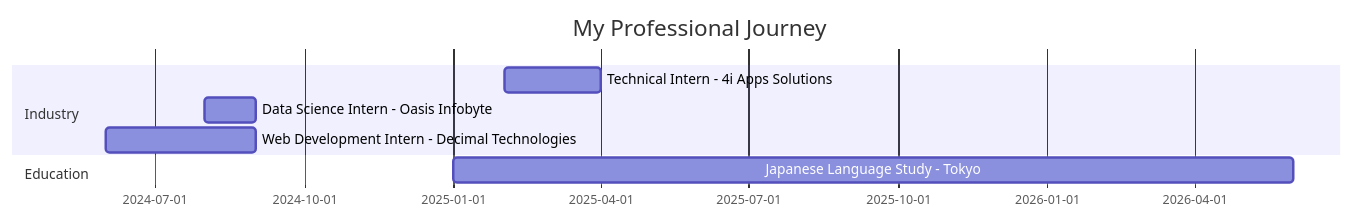
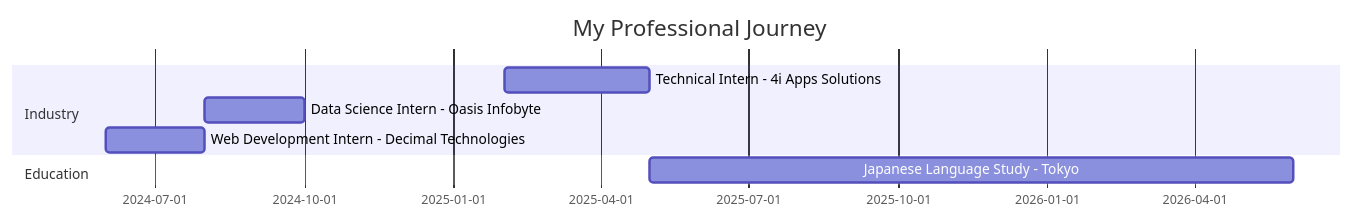
The diagram in README.md (RashelGarg/RashelGarg), drawn with Mermaid before and after one commit.

Commit message:
Adjust Gantt chart: remove overlaps and fix Japanese study start date

````diff
--- a/README.md
+++ b/README.md
@@ -233,11 +233,11 @@
 ```mermaid
 gantt
     title My Professional Journey
     dateFormat  YYYY-MM
     section Industry
-    Technical Intern - 4i Apps Solutions           :2025-02, 2025-04
-    Data Science Intern - Oasis Infobyte          :2024-08, 2024-09
-    Web Development Intern - Decimal Technologies :2024-06, 2024-09
+    Technical Intern - 4i Apps Solutions           :2025-02, 2025-05
+    Data Science Intern - Oasis Infobyte          :2024-08, 2024-10
+    Web Development Intern - Decimal Technologies :2024-06, 2024-08
     section Education
-    Japanese Language Study - Tokyo               :2025-01, 2026-06
+    Japanese Language Study - Tokyo               :2025-05, 2026-06
 ```
````
